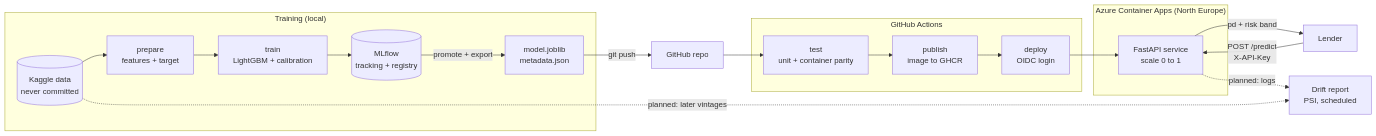
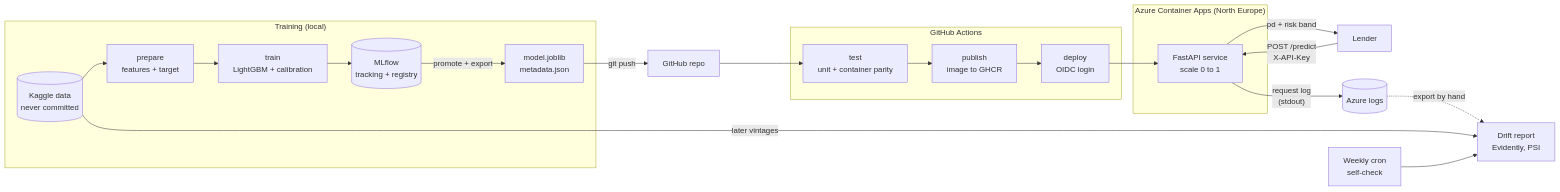
One commit to mimmospoto/loan-default-scoring changed the diagram in README.md. Above: the diagram before and after it, drawn with Mermaid. The commit also changed other lines of this file and 15 other files, not shown here.

````diff
--- a/README.md
+++ b/README.md
@@ -30,29 +31,31 @@
 ```mermaid
 flowchart LR
     subgraph local["Training (local)"]
         kaggle[("Kaggle data<br/>never committed")] --> prep["prepare<br/>features + target"]
         prep --> train["train<br/>LightGBM + calibration"]
         train --> mlflow[("MLflow<br/>tracking + registry")]
         mlflow -->|"promote + export"| art["model.joblib<br/>metadata.json"]
     end
 
     art -->|"git push"| repo["GitHub repo"]
 
     subgraph ci["GitHub Actions"]
         test["test<br/>unit + container parity"] --> publish["publish<br/>image to GHCR"]
         publish --> deploy["deploy<br/>OIDC login"]
     end
 
     repo --> test
     deploy --> app
 
     subgraph azure["Azure Container Apps (North Europe)"]
         app["FastAPI service<br/>scale 0 to 1"]
     end
 
     client["Lender"] -->|"POST /predict<br/>X-API-Key"| app
     app -->|"pd + risk band"| client
 
-    app -.->|"planned: logs"| drift["Drift report<br/>PSI, scheduled"]
-    kaggle -.->|"planned: later vintages"| drift
+    app -->|"request log<br/>(stdout)"| logs[("Azure logs")]
+    logs -.->|"export by hand"| drift["Drift report<br/>Evidently, PSI"]
+    kaggle -->|"later vintages"| drift
+    cron["Weekly cron<br/>self-check"] --> drift
 ```
````
